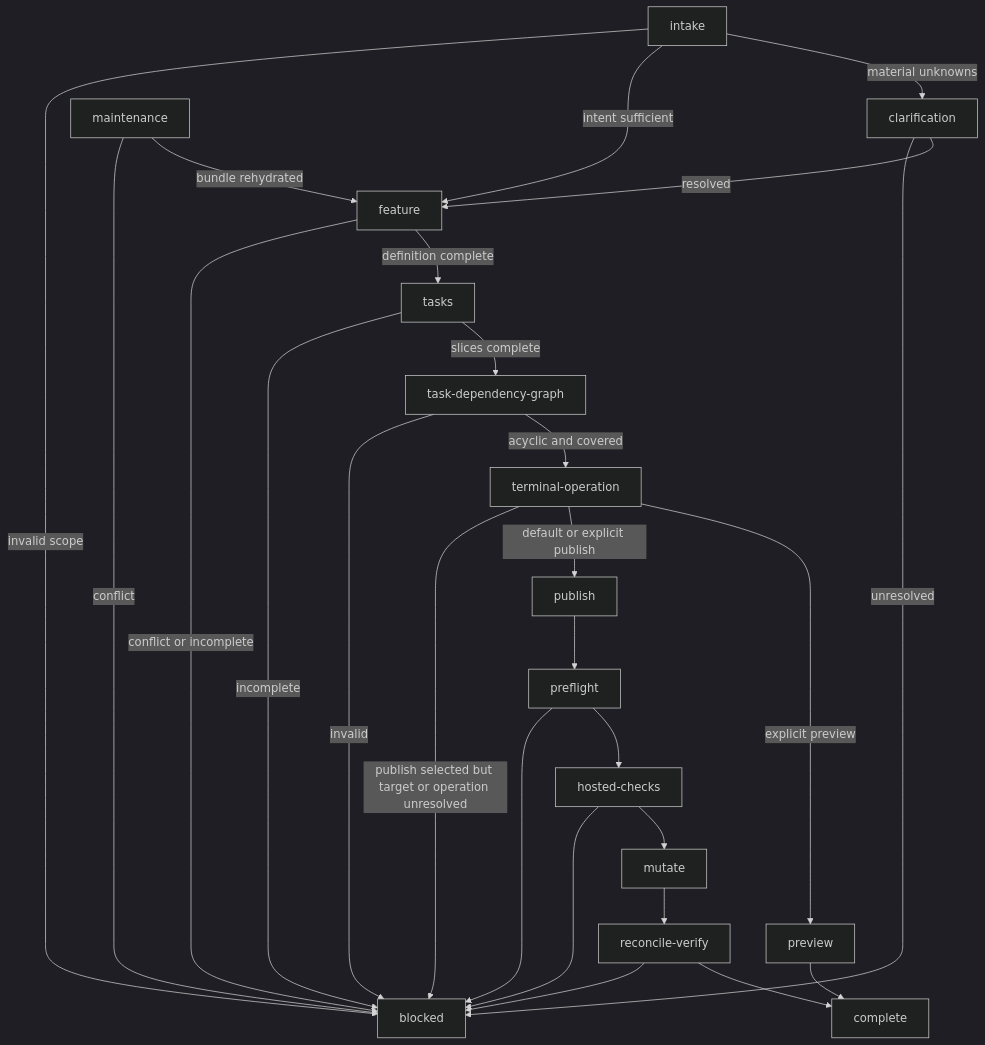
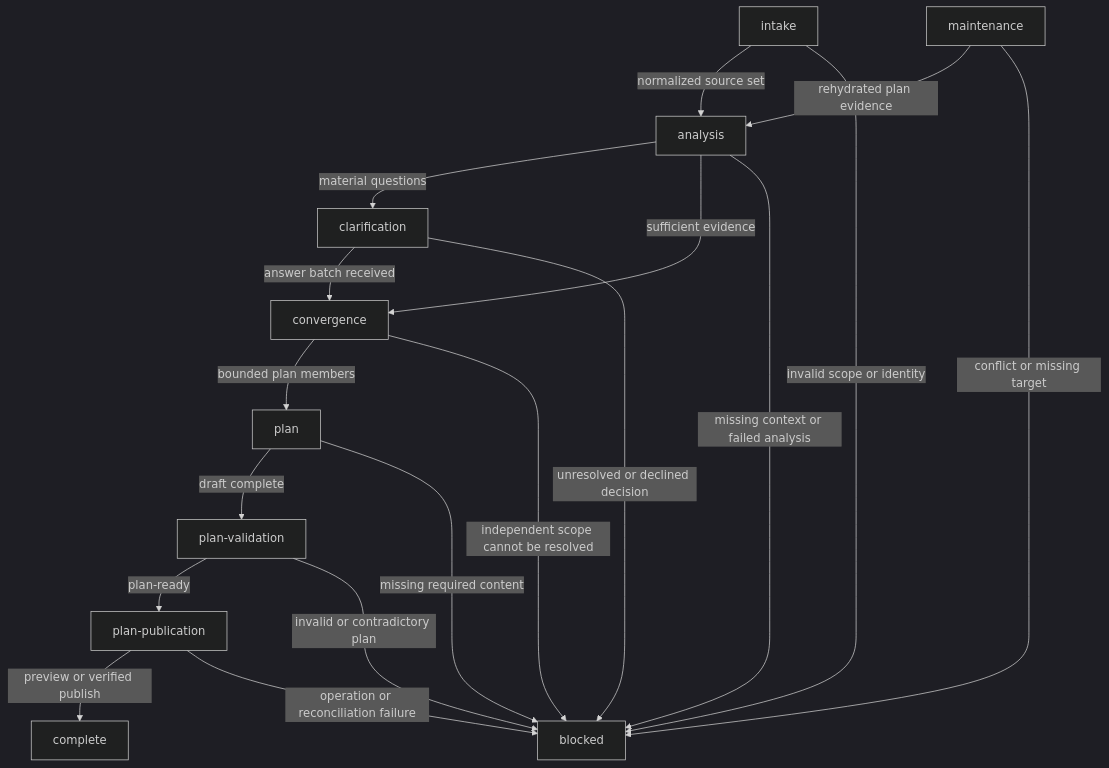
Before and after one commit to alemar11/dotagents: the diagram in plugins/se2/skills/feature/SKILL.md, drawn with Mermaid (dark theme). The commit also changed other lines of this file and 55 other files, not shown here.

```diff
--- a/plugins/se2/skills/feature/SKILL.md
+++ b/plugins/se2/skills/feature/SKILL.md
@@ -166,28 +195,20 @@
 ~~~mermaid
 flowchart TD
-    intake -->|material unknowns| clarification
-    intake -->|intent sufficient| feature
-    intake -->|invalid scope| blocked
-    maintenance -->|bundle rehydrated| feature
-    maintenance -->|conflict| blocked
-    clarification -->|resolved| feature
-    clarification -->|unresolved| blocked
-    feature -->|definition complete| tasks
-    feature -->|conflict or incomplete| blocked
-    tasks -->|slices complete| task-dependency-graph
-    tasks -->|incomplete| blocked
-    task-dependency-graph -->|acyclic and covered| terminal-operation
-    task-dependency-graph -->|invalid| blocked
-    terminal-operation -->|explicit preview| preview
-    terminal-operation -->|default or explicit publish| publish
-    terminal-operation -->|publish selected but target or operation unresolved| blocked
-    preview --> complete
-    publish --> preflight
-    preflight --> hosted-checks
-    preflight --> blocked
-    hosted-checks --> mutate
-    hosted-checks --> blocked
-    mutate --> reconcile-verify
-    reconcile-verify --> complete
-    reconcile-verify --> blocked
+    intake -->|normalized source set| analysis
+    maintenance -->|rehydrated plan evidence| analysis
+    intake -->|invalid scope or identity| blocked
+    maintenance -->|conflict or missing target| blocked
+    analysis -->|material questions| clarification
+    analysis -->|sufficient evidence| convergence
+    analysis -->|missing context or failed analysis| blocked
+    clarification -->|answer batch received| convergence
+    clarification -->|unresolved or declined decision| blocked
+    convergence -->|bounded plan members| plan
+    convergence -->|independent scope cannot be resolved| blocked
+    plan -->|draft complete| plan-validation
+    plan -->|missing required content| blocked
+    plan-validation -->|plan-ready| plan-publication
+    plan-validation -->|invalid or contradictory plan| blocked
+    plan-publication -->|preview or verified publish| complete
+    plan-publication -->|operation or reconciliation failure| blocked
 ~~~
```
